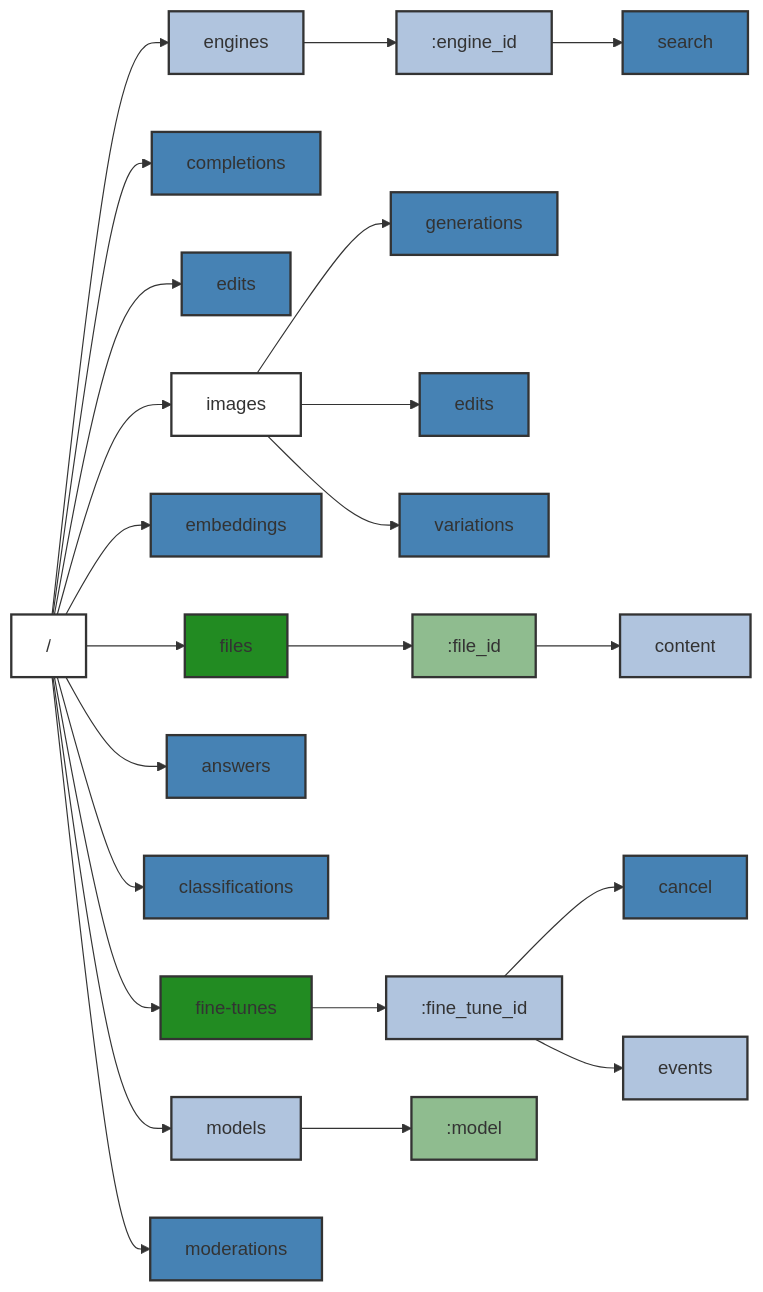
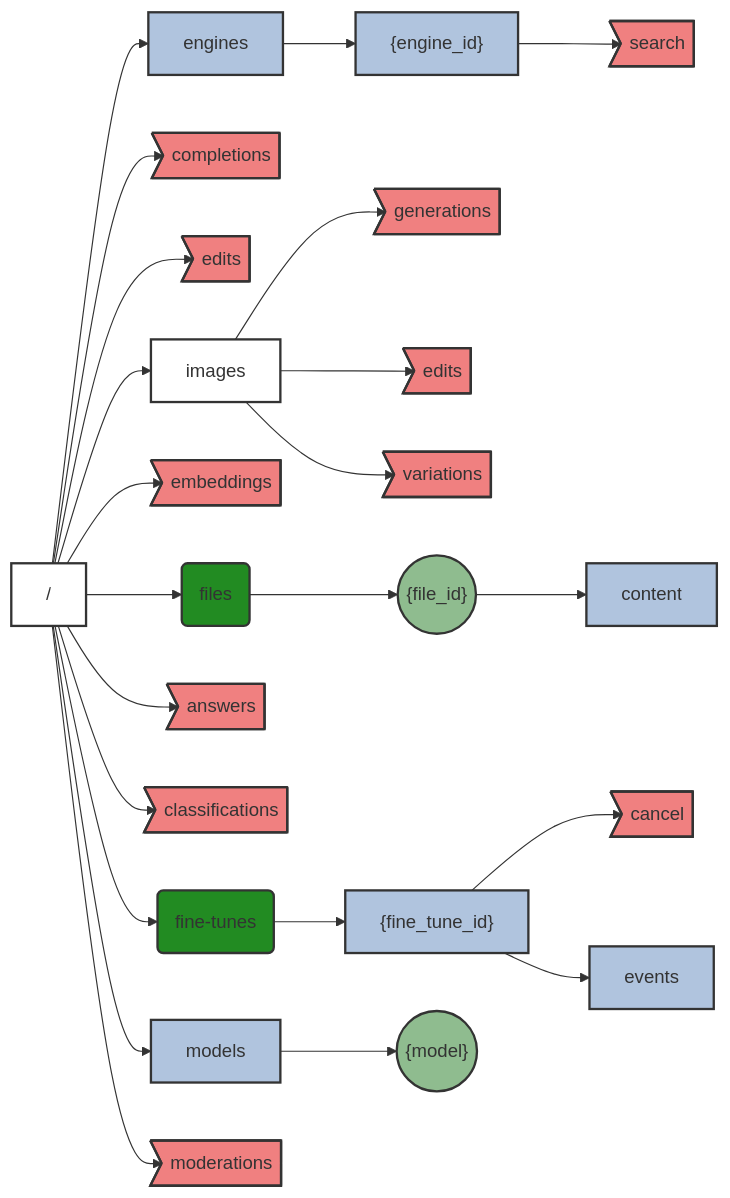
Before and after one commit to darrelmiller/openapi-collection: the diagram in ApiDiagrams/openai.md, drawn with Mermaid. The commit also changed other lines of this file and 25 other files, not shown here.

````diff
--- a/ApiDiagrams/openai.md
+++ b/ApiDiagrams/openai.md
@@ -14,56 +16,57 @@
 ```mermaid
 graph LR
-classDef GET fill:lightSteelBlue,stroke:#333,stroke-width:2px;
-classDef POST fill:SteelBlue,stroke:#333,stroke-width:2px;
-classDef GETPOST fill:forestGreen,stroke:#333,stroke-width:2px;
-classDef DELETEGETPATCH fill:yellowGreen,stroke:#333,stroke-width:2px;
-classDef DELETEGETPUT fill:olive,stroke:#333,stroke-width:2px;
-classDef DELETEGET fill:DarkSeaGreen,stroke:#333,stroke-width:2px;
-classDef DELETE fill:tomato,stroke:#333,stroke-width:2px;
-classDef OTHER fill:white,stroke:#333,stroke-width:2px;
-/ --> /engines[engines]
-/engines --> /engines/:engine_id[:engine_id]
-/engines/:engine_id --> /engines/:engine_id/search[search]
+classDef GET fill:lightSteelBlue,stroke:#333,stroke-width:2px
+classDef POST fill:Lightcoral,stroke:#333,stroke-width:2px
+classDef GET_POST fill:forestGreen,stroke:#333,stroke-width:2px
+classDef DELETE_GET_PATCH fill:yellowGreen,stroke:#333,stroke-width:2px
+classDef DELETE_GET_PATCH_PUT fill:oliveDrab,stroke:#333,stroke-width:2px
+classDef DELETE_GET_PUT fill:olive,stroke:#333,stroke-width:2px
+classDef DELETE_GET fill:DarkSeaGreen,stroke:#333,stroke-width:2px
+classDef DELETE fill:Tomato,stroke:#333,stroke-width:2px
+classDef OTHER fill:White,stroke:#333,stroke-width:2px
+/["/"] --> /engines["engines"]
+/engines["engines"] --> /engines/:engine_id["{engine_id}"]
+/engines/:engine_id["{engine_id}"] --> /engines/:engine_id/search>"search"]
 class /engines/:engine_id/search POST
 class /engines/:engine_id GET
 class /engines GET
-/ --> /completions[completions]
+/["/"] --> /completions>"completions"]
 class /completions POST
-/ --> /edits[edits]
+/["/"] --> /edits>"edits"]
 class /edits POST
-/ --> /images[images]
-/images --> /images/generations[generations]
+/["/"] --> /images["images"]
+/images["images"] --> /images/generations>"generations"]
 class /images/generations POST
-/images --> /images/edits[edits]
+/images["images"] --> /images/edits>"edits"]
 class /images/edits POST
-/images --> /images/variations[variations]
+/images["images"] --> /images/variations>"variations"]
 class /images/variations POST
 class /images OTHER
-/ --> /embeddings[embeddings]
+/["/"] --> /embeddings>"embeddings"]
 class /embeddings POST
-/ --> /files[files]
-/files --> /files/:file_id[:file_id]
-/files/:file_id --> /files/:file_id/content[content]
+/["/"] --> /files("files")
+/files("files") --> /files/:file_id(("{file_id}"))
+/files/:file_id(("{file_id}")) --> /files/:file_id/content["content"]
 class /files/:file_id/content GET
-class /files/:file_id DELETEGET
-class /files GETPOST
-/ --> /answers[answers]
+class /files/:file_id DELETE_GET
+class /files GET_POST
+/["/"] --> /answers>"answers"]
 class /answers POST
-/ --> /classifications[classifications]
+/["/"] --> /classifications>"classifications"]
 class /classifications POST
-/ --> /fine-tunes[fine-tunes]
-/fine-tunes --> /fine-tunes/:fine_tune_id[:fine_tune_id]
-/fine-tunes/:fine_tune_id --> /fine-tunes/:fine_tune_id/cancel[cancel]
-class /fine-tunes/:fine_tune_id/cancel POST
-/fine-tunes/:fine_tune_id --> /fine-tunes/:fine_tune_id/events[events]
-class /fine-tunes/:fine_tune_id/events GET
-class /fine-tunes/:fine_tune_id GET
-class /fine-tunes GETPOST
-/ --> /models[models]
-/models --> /models/:model[:model]
-class /models/:model DELETEGET
+/["/"] --> /fine_tunes("fine-tunes")
+/fine_tunes("fine-tunes") --> /fine_tunes/:fine_tune_id["{fine_tune_id}"]
+/fine_tunes/:fine_tune_id["{fine_tune_id}"] --> /fine_tunes/:fine_tune_id/cancel>"cancel"]
+class /fine_tunes/:fine_tune_id/cancel POST
+/fine_tunes/:fine_tune_id["{fine_tune_id}"] --> /fine_tunes/:fine_tune_id/events["events"]
+class /fine_tunes/:fine_tune_id/events GET
+class /fine_tunes/:fine_tune_id GET
+class /fine_tunes GET_POST
+/["/"] --> /models["models"]
+/models["models"] --> /models/:model(("{model}"))
+class /models/:model DELETE_GET
 class /models GET
-/ --> /moderations[moderations]
+/["/"] --> /moderations>"moderations"]
 class /moderations POST
 class / OTHER
 ```
````
